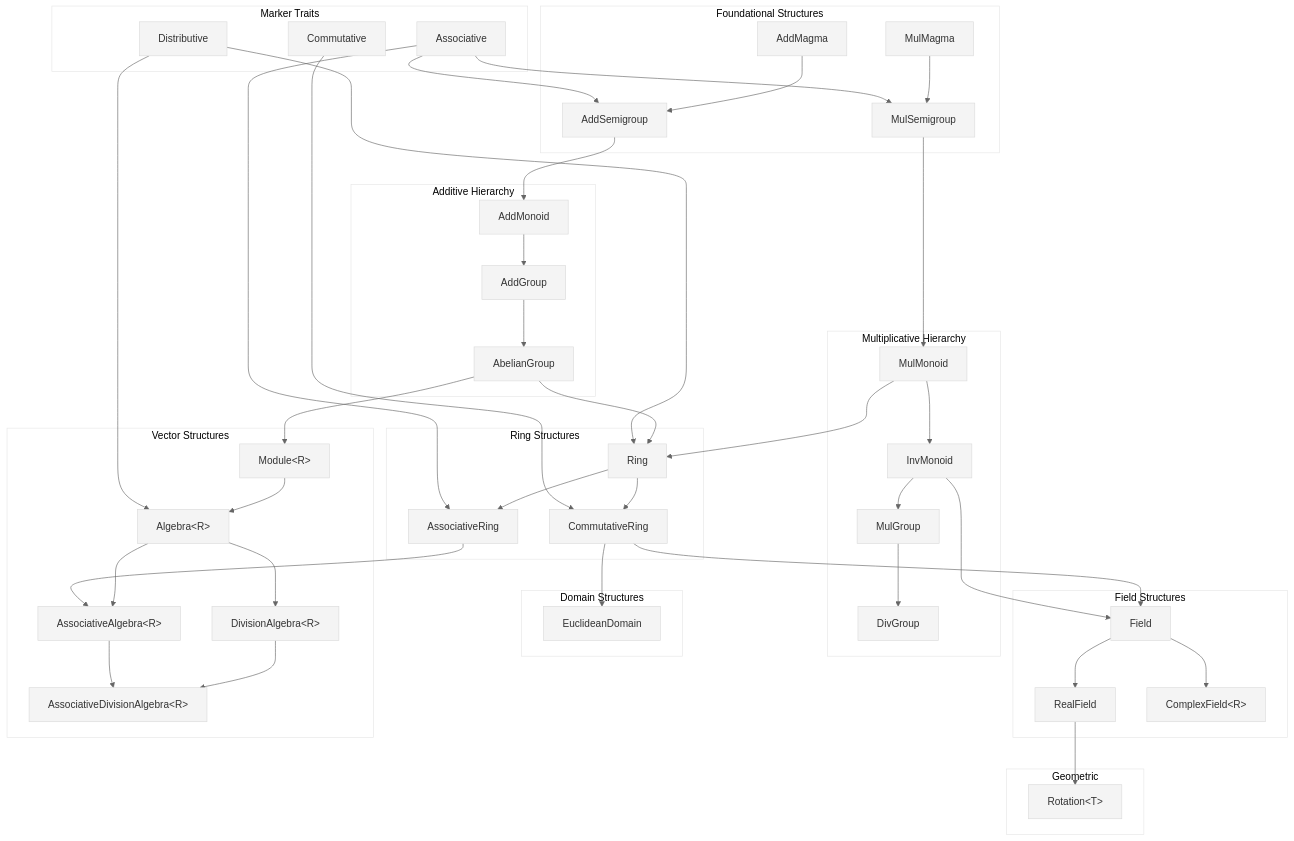
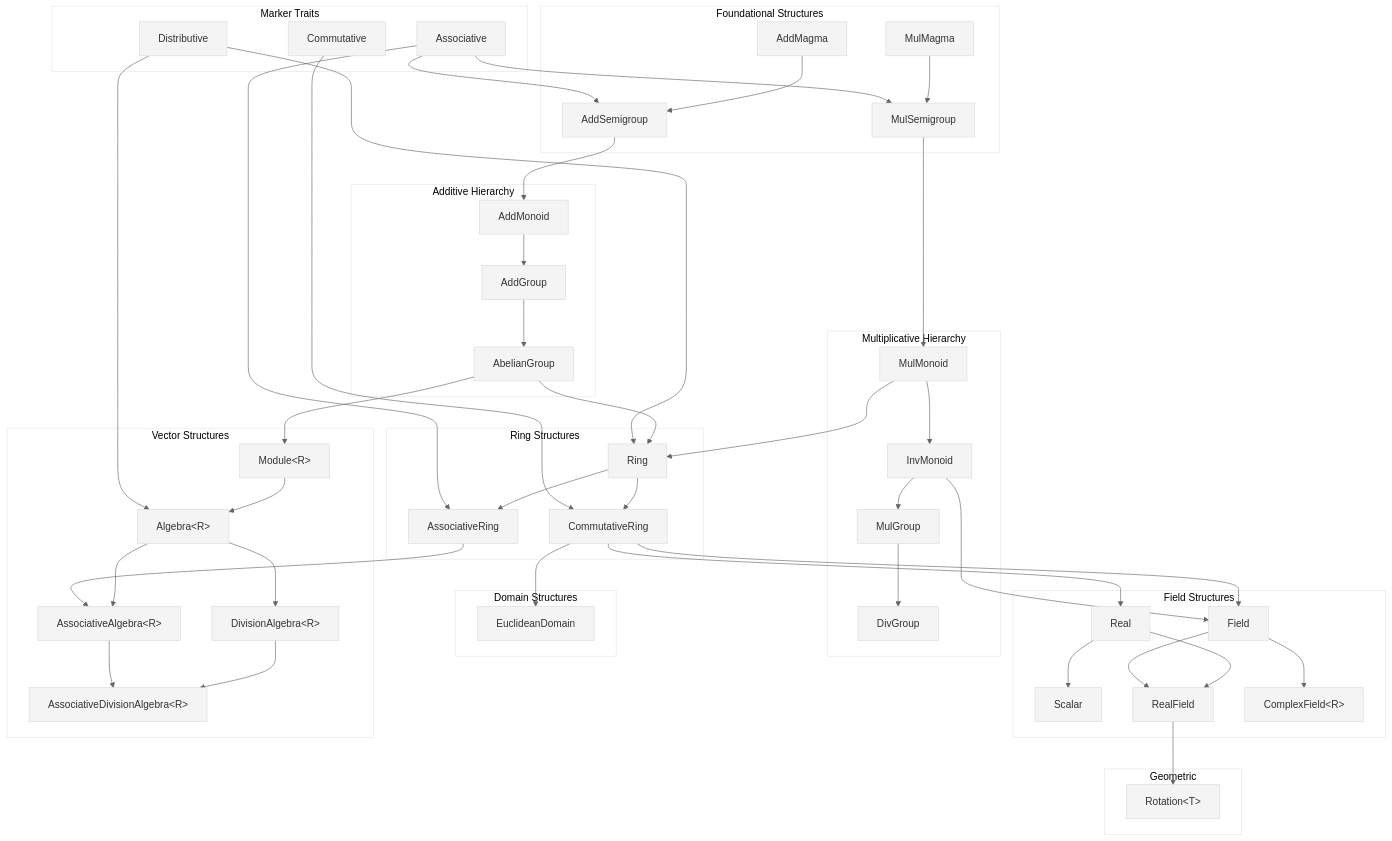
Before and after one commit to deepcausality-rs/deep_causality: the diagram in deep_causality_num/README_ALGEBRA_TRAITS.md, drawn with Mermaid. The commit also changed other lines of this file and 4 other files, not shown here.

```diff
--- a/deep_causality_num/README_ALGEBRA_TRAITS.md
+++ b/deep_causality_num/README_ALGEBRA_TRAITS.md
@@ -44,7 +44,9 @@
     end
 
     subgraph Field Structures
+        Real["Real"]
         Field["Field"]
+        Scalar["Scalar"]
         RealFld["RealField"]
         CmplxFld["ComplexField&lt;R&gt;"]
     end
@@ -91,9 +93,12 @@
     CommRing --> EucDom
 
     %% Field path
+    CommRing --> Real
     CommRing --> Field
     InvMon --> Field
+    Real --> RealFld
     Field --> RealFld
+    Real --> Scalar
     Field --> CmplxFld
 
     %% Module/Algebra path
```
